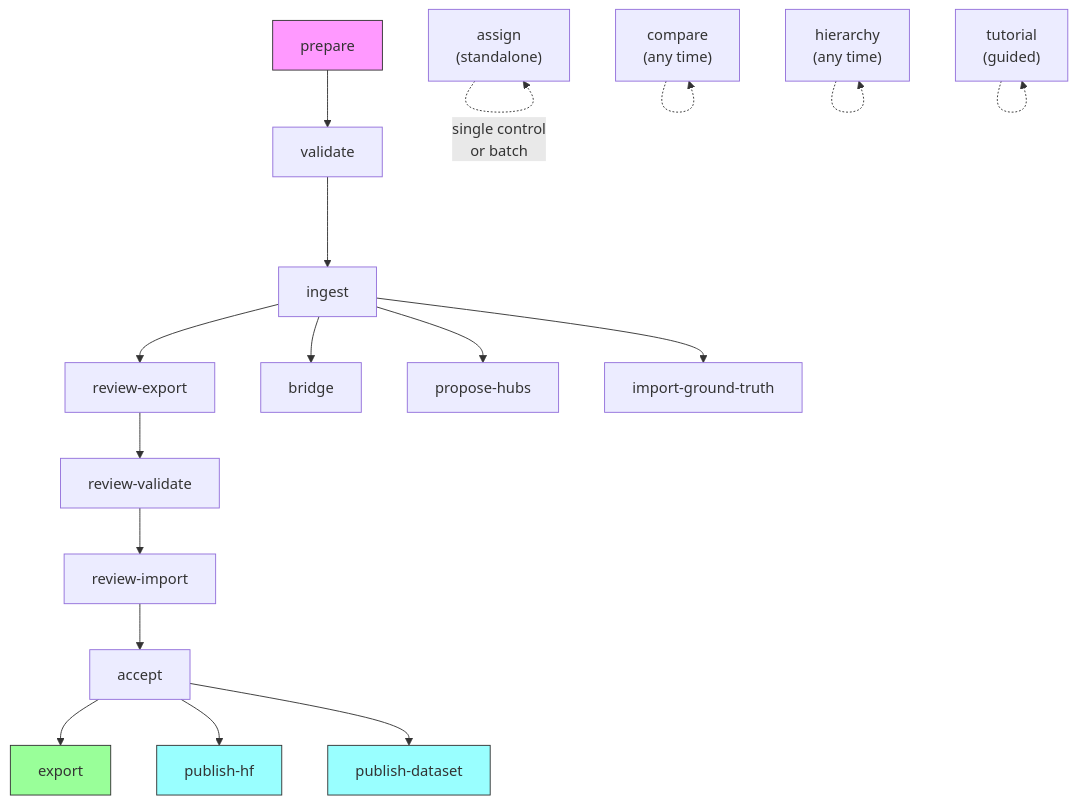
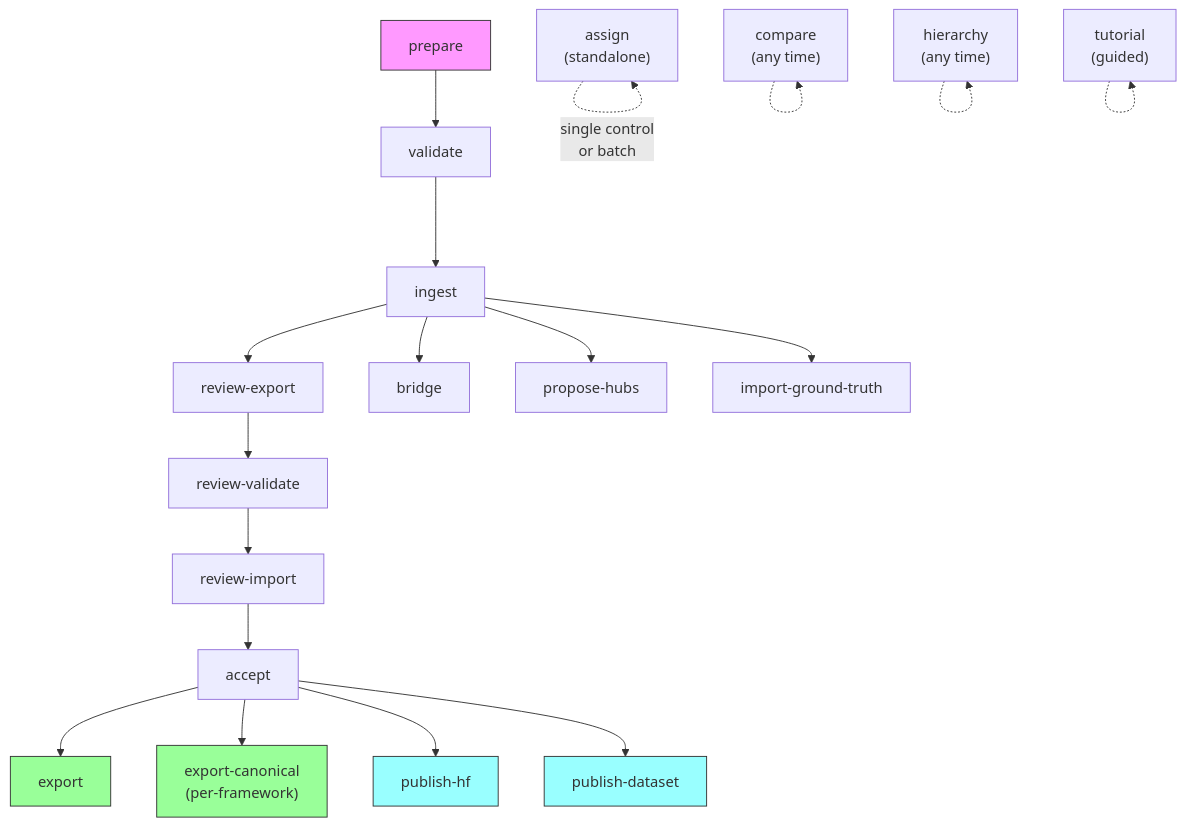
One commit to rocklambros/TRACT changed the diagram in docs/cli-reference.md. Above: the diagram before and after it, drawn with Mermaid. The commit also changed other lines of this file and 4 other files, not shown here.

First line of the commit message:
docs: add canonical export documentation across README, architecture, CLI reference, glossary, and notebook

````diff
--- a/docs/cli-reference.md
+++ b/docs/cli-reference.md
@@ -16,27 +16,31 @@
 ```mermaid
 flowchart TD
     PREP["prepare"] --> VAL["validate"]
     VAL --> ING["ingest"]
     ING --> RE["review-export"]
     RE --> RV["review-validate"]
     RV --> RI["review-import"]
     RI --> ACC["accept"]
     ACC --> EXP["export"]
 
     ASN["assign<br/>(standalone)"] -.-> |"single control<br/>or batch"| ASN
     CMP["compare<br/>(any time)"] -.-> CMP
     HIER["hierarchy<br/>(any time)"] -.-> HIER
     TUT["tutorial<br/>(guided)"] -.-> TUT
 
     ING --> BR["bridge"]
     ING --> PH["propose-hubs"]
     ING --> IGT["import-ground-truth"]
 
+    EC["export-canonical<br/>(per-framework)"]
+    ACC --> EC
+
     ACC --> PHF["publish-hf"]
     ACC --> PDS["publish-dataset"]
 
     style PREP fill:#f9f,stroke:#333
     style EXP fill:#9f9,stroke:#333
+    style EC fill:#9f9,stroke:#333
     style PHF fill:#9ff,stroke:#333
     style PDS fill:#9ff,stroke:#333
 ```
````
